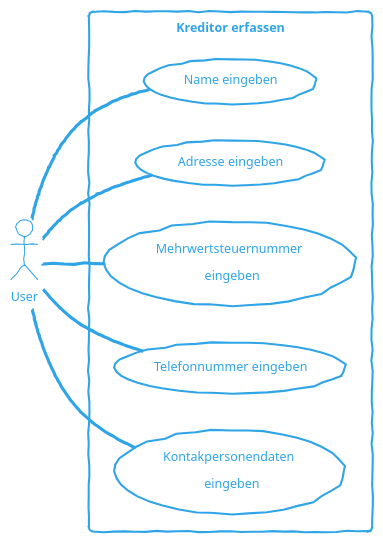
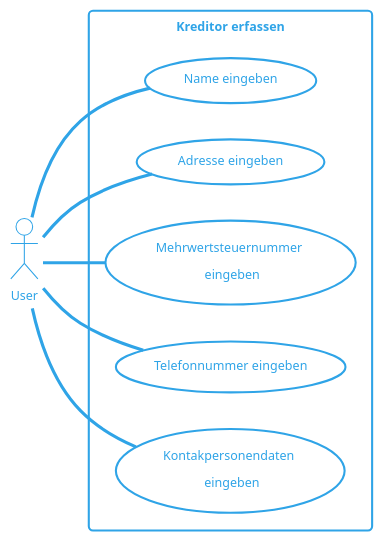
One commit to sirtheta/ImmoGlobal_Semesterarbeit changed the diagram in docs/content/diagrams/usecase/kreditorErfassen.wsd. Above: the diagram before and after it, drawn with PlantUML. The commit also changed 24 other files, not shown here.

```diff
--- a/docs/content/diagrams/usecase/kreditorErfassen.wsd
+++ b/docs/content/diagrams/usecase/kreditorErfassen.wsd
@@ -1,18 +1,18 @@
 @startuml Kreditor erfassen
 !theme cerulean-outline
-skinparam handwritten true
+
 left to right direction
 actor "User" as fc
 rectangle "Kreditor erfassen" {
   usecase "Name eingeben" as UC1
   usecase "Adresse eingeben" as UC2
   usecase "Mehrwertsteuernummer \n eingeben" as UC3
   usecase "Telefonnummer eingeben" as UC4
   usecase "Kontakpersonendaten \n eingeben" as UC5
 } 
 fc -- UC1
 fc -- UC2
 fc -- UC3
 fc -- UC4
 fc -- UC5
 @enduml
```
